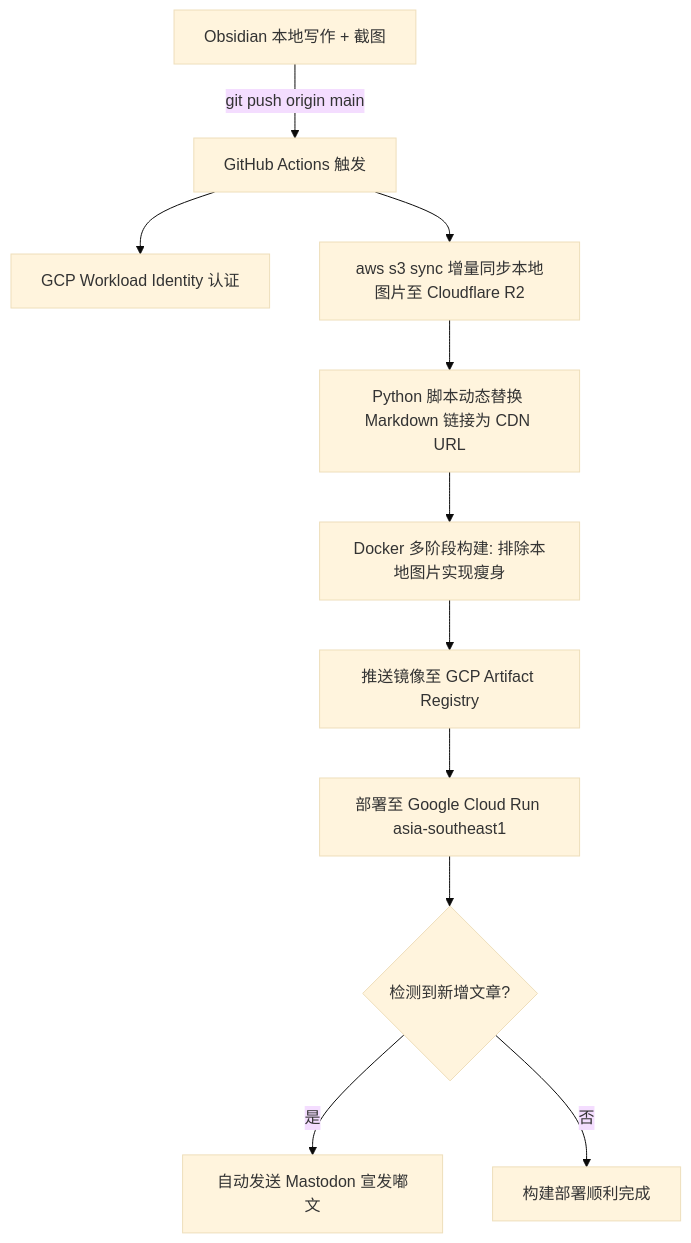
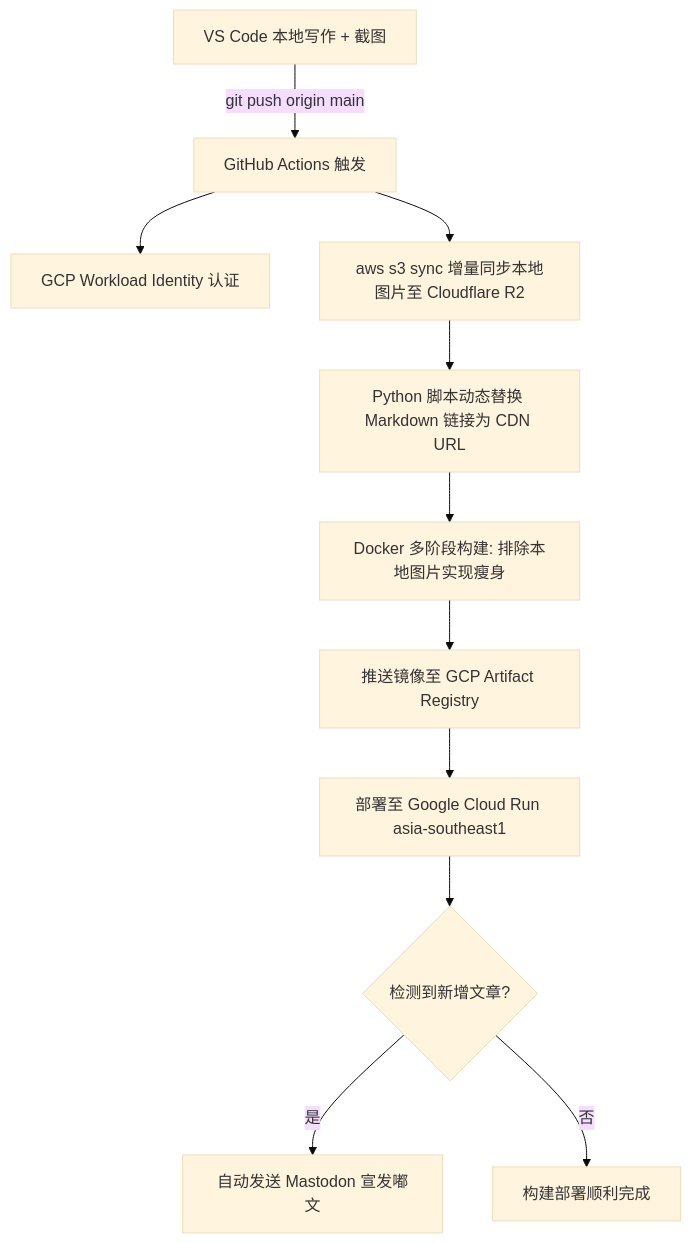
The diagram in README.md (dustyat/blog), drawn with Mermaid (base theme) before and after one commit. The commit also changed other lines of this file and 14 other files, not shown here.

````diff
--- a/README.md
+++ b/README.md
@@ -39,13 +39,13 @@
 ```mermaid
 flowchart TD
-    A[Obsidian 本地写作 + 截图] -->|git push origin main| B[GitHub Actions 触发]
+    A[VS Code 本地写作 + 截图] -->|git push origin main| B[GitHub Actions 触发]
     B --> C[GCP Workload Identity 认证]
     B --> D[aws s3 sync 增量同步本地图片至 Cloudflare R2]
     D --> E[Python 脚本动态替换 Markdown 链接为 CDN URL]
     E --> F[Docker 多阶段构建: 排除本地图片实现瘦身]
     F --> G[推送镜像至 GCP Artifact Registry]
     G --> H[部署至 Google Cloud Run asia-southeast1]
     H --> I{检测到新增文章?}
     I -->|是| J[自动发送 Mastodon 宣发嘟文]
     I -->|否| K[构建部署顺利完成]
 ```
````
